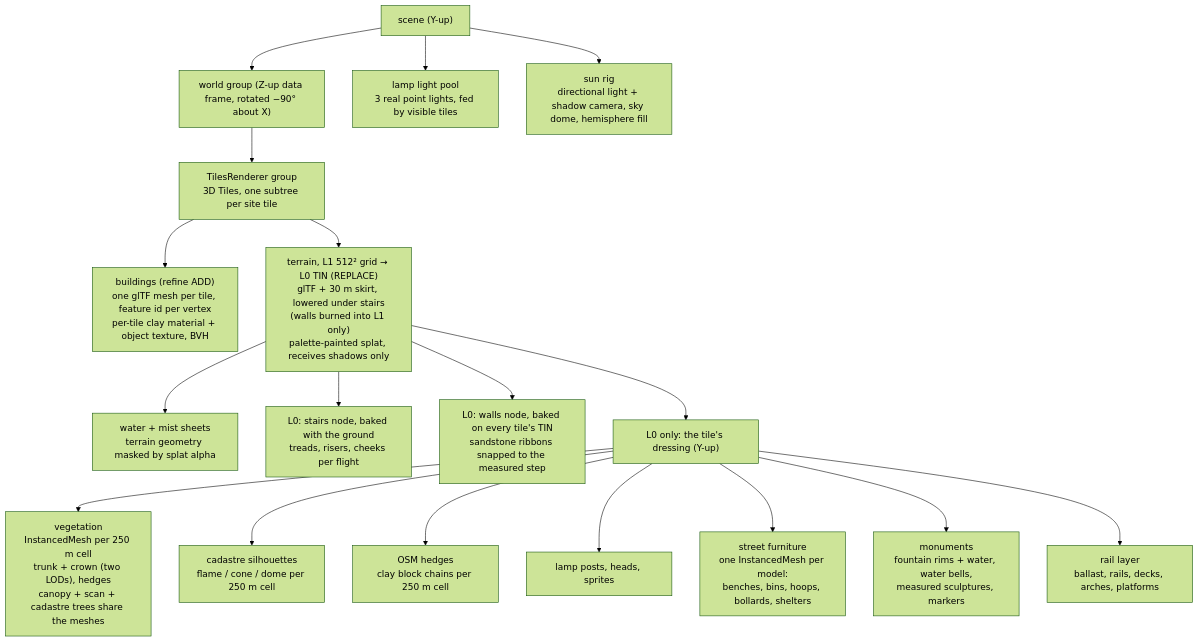
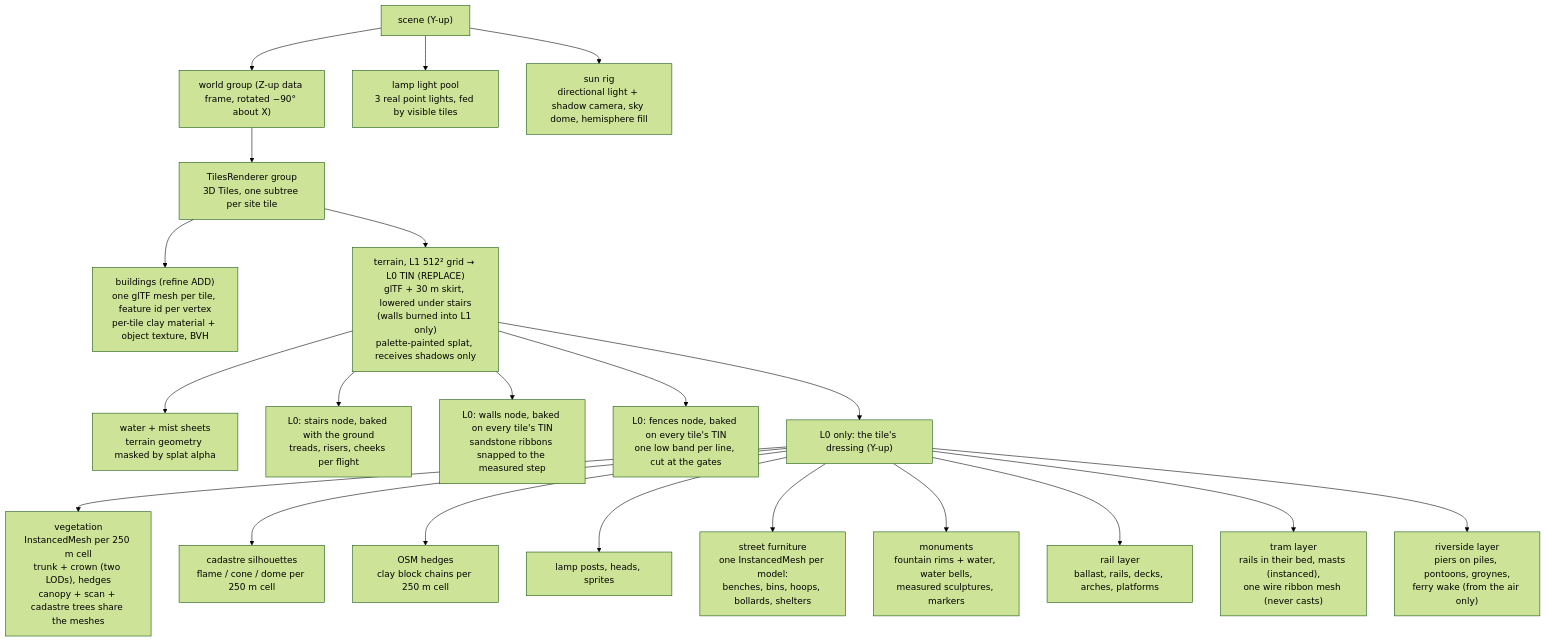
The first of 2 diagrams in docs/rendering.md (mdugue/bridge), drawn with Mermaid (forest theme) before and after one commit. The commit also changed other lines of this file and 404 other files, not shown here.

````diff
--- a/docs/rendering.md
+++ b/docs/rendering.md
@@ -25,23 +25,26 @@
 ```mermaid
 flowchart TB
   SCENE["scene (Y-up)"]
   WORLD["world group (Z-up data frame, rotated −90° about X)"]
   TILES["TilesRenderer group<br/>3D Tiles, one subtree per site tile"]
   SCENE --> WORLD
   WORLD --> TILES
   TILES --> CITY["buildings (refine ADD)<br/>one glTF mesh per tile, feature id per vertex<br/>per-tile clay material + object texture, BVH"]
   TILES --> TER["terrain, L1 512² grid → L0 TIN (REPLACE)<br/>glTF + 30 m skirt, lowered under stairs<br/>(walls burned into L1 only)<br/>palette-painted splat, receives shadows only"]
   TER --> WAT["water + mist sheets<br/>terrain geometry masked by splat alpha"]
   TER --> STAIR["L0: stairs node, baked with the ground<br/>treads, risers, cheeks per flight"]
   TER --> WALL["L0: walls node, baked on every tile's TIN<br/>sandstone ribbons snapped to the measured step"]
+  TER --> FENCE["L0: fences node, baked on every tile's TIN<br/>one low band per line, cut at the gates"]
   TER --> DRESS["L0 only: the tile's dressing (Y-up)"]
   DRESS --> VEG["vegetation<br/>InstancedMesh per 250 m cell<br/>trunk + crown (two LODs), hedges<br/>canopy + scan + cadastre trees share the meshes"]
   DRESS --> INV["cadastre silhouettes<br/>flame / cone / dome per 250 m cell"]
   DRESS --> LOW["OSM hedges<br/>clay block chains per 250 m cell"]
   DRESS --> LAMP["lamp posts, heads, sprites"]
   DRESS --> FURN["street furniture<br/>one InstancedMesh per model:<br/>benches, bins, hoops, bollards, shelters"]
   DRESS --> MON["monuments<br/>fountain rims + water, water bells,<br/>measured sculptures, markers"]
   DRESS --> RAIL["rail layer<br/>ballast, rails, decks, arches, platforms"]
+  DRESS --> TRAM["tram layer<br/>rails in their bed, masts (instanced),<br/>one wire ribbon mesh (never casts)"]
+  DRESS --> RIV["riverside layer<br/>piers on piles, pontoons, groynes,<br/>ferry wake (from the air only)"]
   SCENE --> LIGHTS["lamp light pool<br/>3 real point lights, fed by visible tiles"]
   SCENE --> SUN["sun rig<br/>directional light + shadow camera, sky dome, hemisphere fill"]
 ```
````
